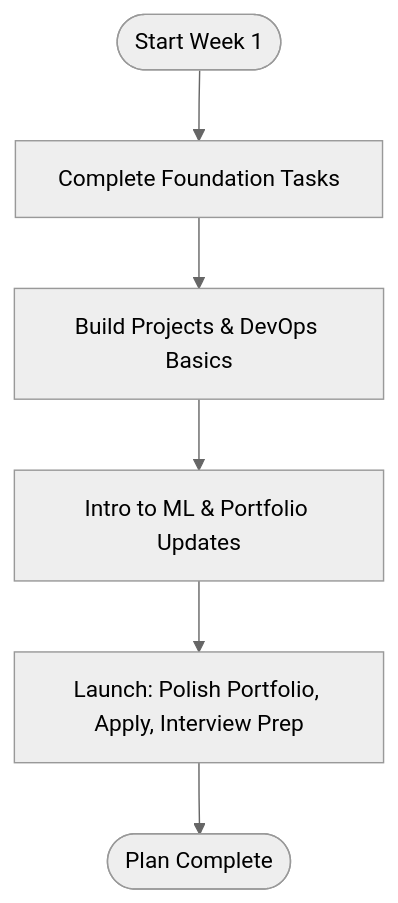
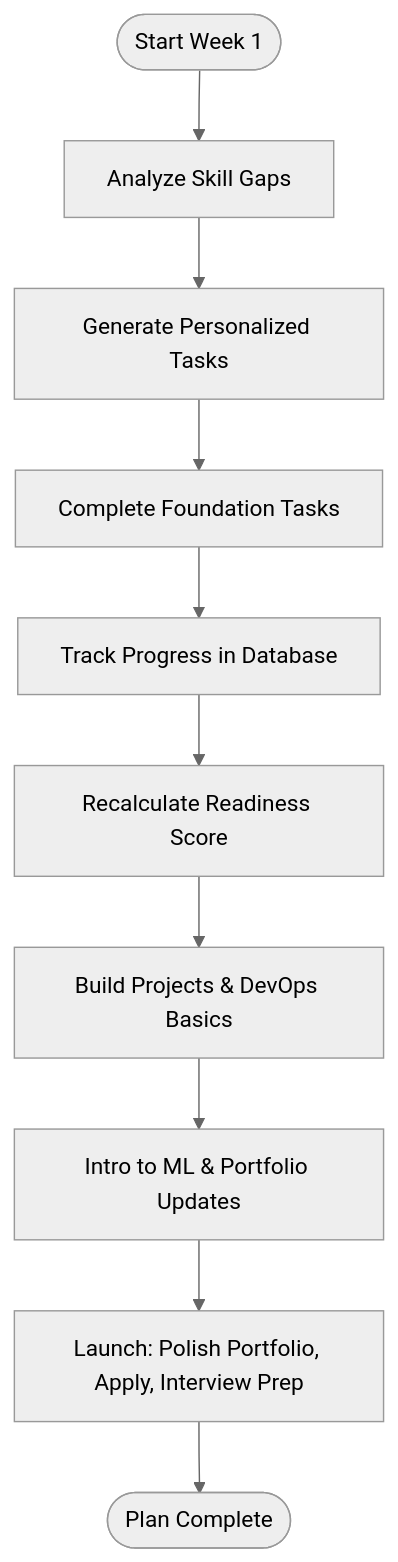
The eighth of 9 diagrams in .qoder/repowiki/en/content/Core Features/Core Features.md (Alishba-Moin/CareerCompass), drawn with Mermaid (neutral theme) before and after one commit. The commit also changed other lines of this file and 38 other files, not shown here.

Commit message:
Add Roadmap pdf download option

````diff
--- a/.qoder/repowiki/en/content/Core Features/Core Features.md
+++ b/.qoder/repowiki/en/content/Core Features/Core Features.md
@@ -238,8 +281,12 @@
 ```mermaid
 flowchart TD
-Start(["Start Week 1"]) --> W1["Complete Foundation Tasks"]
-W1 --> W2["Build Projects & DevOps Basics"]
+Start(["Start Week 1"]) --> Analyze["Analyze Skill Gaps"]
+Analyze --> Generate["Generate Personalized Tasks"]
+Generate --> W1["Complete Foundation Tasks"]
+W1 --> Track["Track Progress in Database"]
+Track --> Recalculate["Recalculate Readiness Score"]
+Recalculate --> W2["Build Projects & DevOps Basics"]
 W2 --> W3["Intro to ML & Portfolio Updates"]
 W3 --> W4["Launch: Polish Portfolio, Apply, Interview Prep"]
 W4 --> End(["Plan Complete"])
 ```
````
